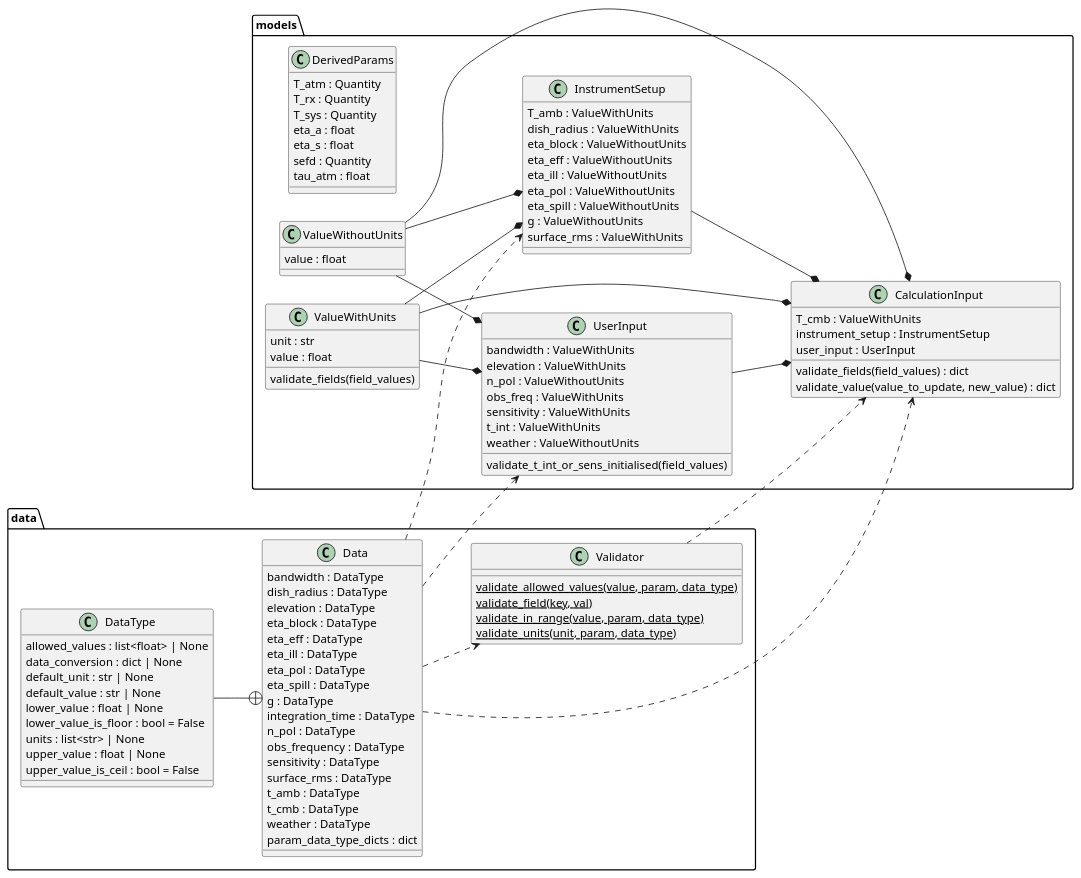
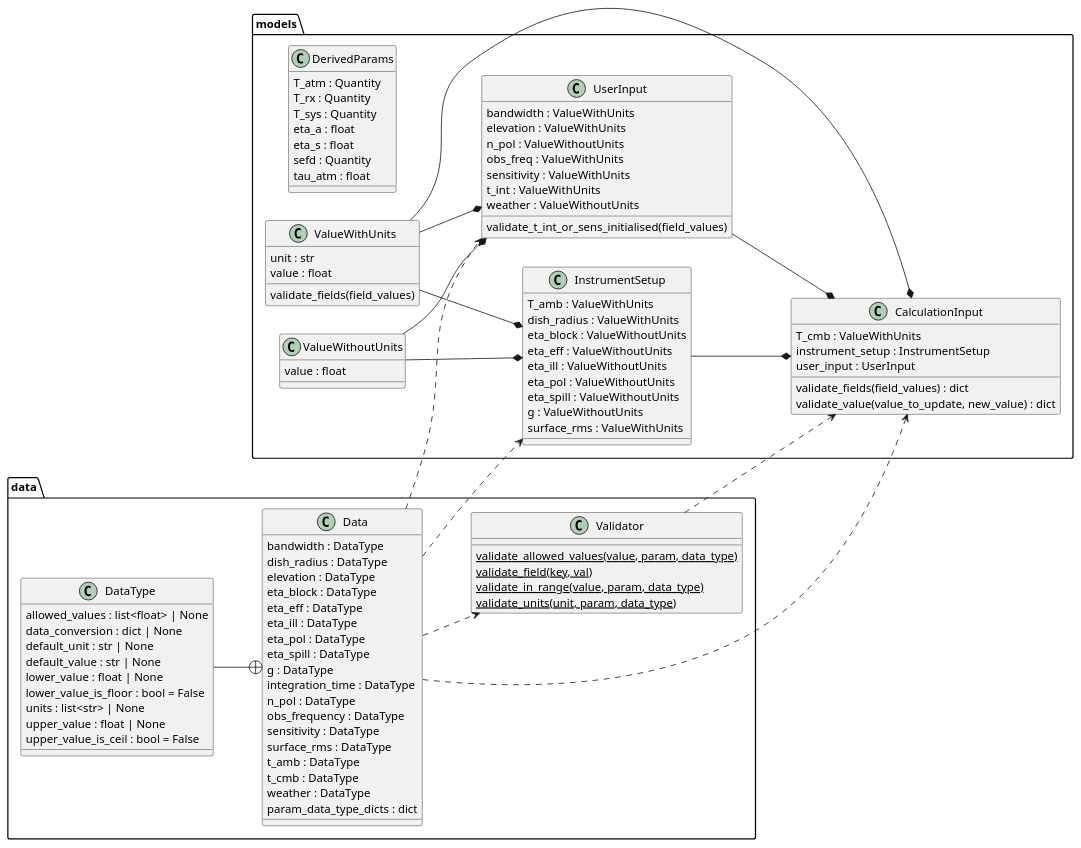
Before and after one commit to ukatc/AtLAST_sensitivity_calculator: the diagram in docs/source/code_docs/data_model_uml.rst, drawn with PlantUML. The commit also changed 20 other files, not shown here.

```diff
--- a/docs/source/code_docs/data_model_uml.rst
+++ b/docs/source/code_docs/data_model_uml.rst
@@ -101,7 +101,6 @@
     models.ValueWithUnits --* models.CalculationInput
     models.ValueWithUnits --* models.UserInput
     models.ValueWithUnits --* models.InstrumentSetup
-    models.ValueWithoutUnits --* models.CalculationInput
     models.ValueWithoutUnits --* models.UserInput
     models.ValueWithoutUnits --* models.InstrumentSetup
     @enduml
```
